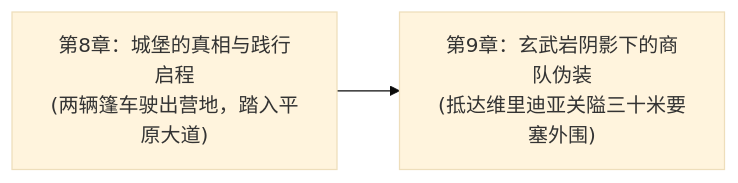
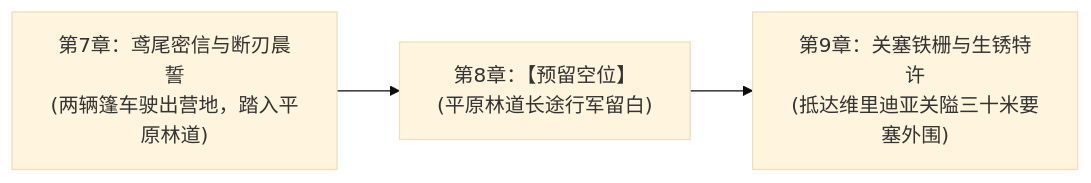
Before and after one commit to soranokiseki1437/eldoria-worldbook: the diagram in 方案/第二部/主线与世界扩充方案/分阶段详规/01_第一幕_破晓与边塞立足/阶段一_战后新生与两界相触详规.md, drawn with Mermaid (base theme). The commit also changed other lines of this file and 63 other files, not shown here.

````diff
--- a/方案/第二部/主线与世界扩充方案/分阶段详规/01_第一幕_破晓与边塞立足/阶段一_战后新生与两界相触详规.md
+++ b/方案/第二部/主线与世界扩充方案/分阶段详规/01_第一幕_破晓与边塞立足/阶段一_战后新生与两界相触详规.md
@@ -116,4 +97,4 @@
 ```mermaid
 graph LR
-    Ch8["第8章：城堡的真相与践行启程<br/>(两辆篷车驶出营地，踏入平原大道)"] --> Ch9["第9章：玄武岩阴影下的商队伪装<br/>(抵达维里迪亚关隘三十米要塞外围)"]
+    Ch7["第7章：鸢尾密信与断刃晨誓<br/>(两辆篷车驶出营地，踏入平原林道)"] --> Ch8["第8章：【预留空位】<br/>(平原林道长途行军留白)"] --> Ch9["第9章：关塞铁栅与生锈特许<br/>(抵达维里迪亚关隘三十米要塞外围)"]
 ```
````
